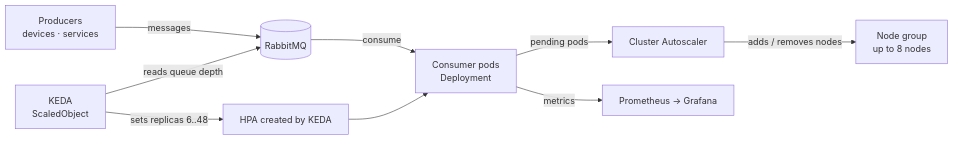
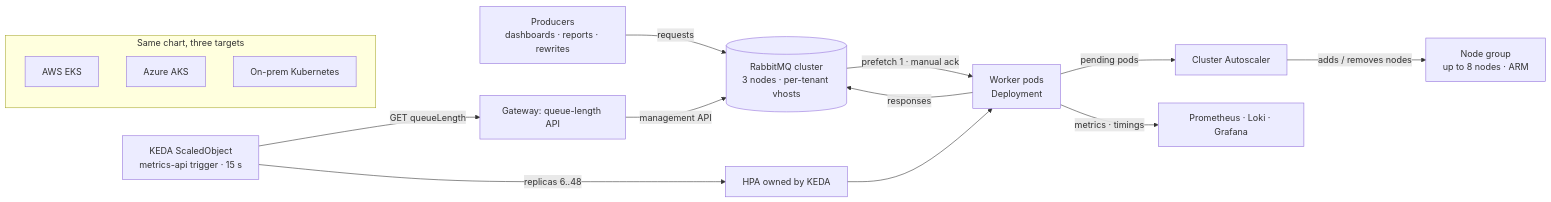
One commit to swaroop002/event-driven-k8s-autoscaling changed the diagram in README.md. Above: the diagram before and after it, drawn with Mermaid. The commit also changed other lines of this file, not shown here.

Commit message:
Write-up: architecture corrected against the real system

````diff
--- a/README.md
+++ b/README.md
@@ -24,11 +25,16 @@
 ```mermaid
 flowchart LR
-    P[Producers<br/>devices · services] -->|messages| MQ[(RabbitMQ)]
-    MQ -->|consume| C[Consumer pods<br/>Deployment]
-    K[KEDA<br/>ScaledObject] -->|reads queue depth| MQ
-    K -->|sets replicas 6..48| HPA[HPA created by KEDA]
+    P[Producers<br/>dashboards · reports · rewrites] -->|requests| MQ[(RabbitMQ cluster<br/>3 nodes · per-tenant vhosts)]
+    MQ -->|prefetch 1 · manual ack| C[Worker pods<br/>Deployment]
+    GW[Gateway: queue-length API] -->|management API| MQ
+    K[KEDA ScaledObject<br/>metrics-api trigger · 15 s] -->|GET queueLength| GW
+    K -->|replicas 6..48| HPA[HPA owned by KEDA]
     HPA --> C
     C -->|pending pods| CA[Cluster Autoscaler]
-    CA -->|adds / removes nodes| N[Node group<br/>up to 8 nodes]
-    C -->|metrics| PR[Prometheus → Grafana]
+    CA -->|adds / removes nodes| N[Node group<br/>up to 8 nodes · ARM]
+    C -->|responses| MQ
+    C -->|metrics · timings| OBS[Prometheus · Loki · Grafana]
+    subgraph targets["Same chart, three targets"]
+        EKS[AWS EKS] ; AKS[Azure AKS] ; ONP[On-prem Kubernetes]
+    end
 ```
````
